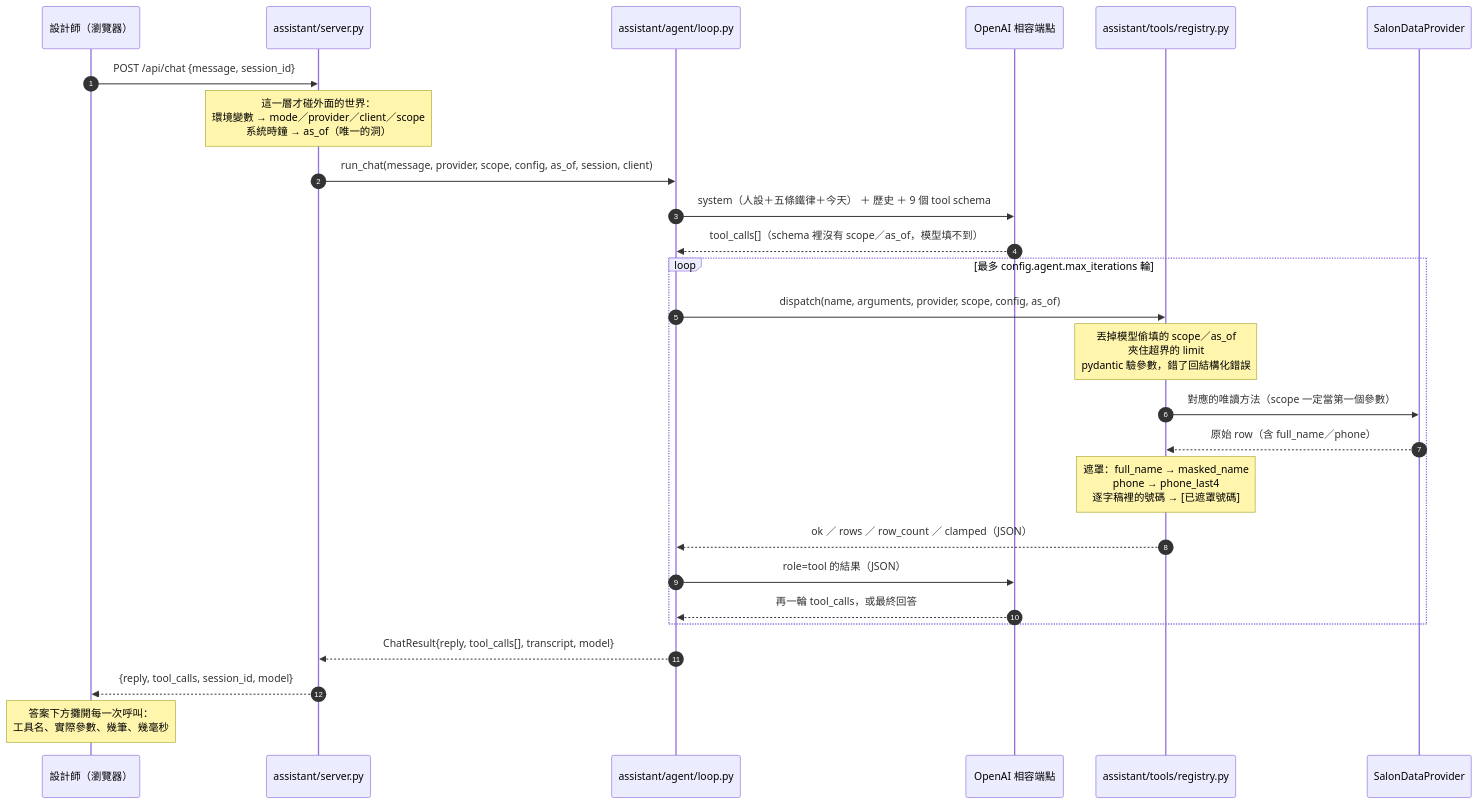
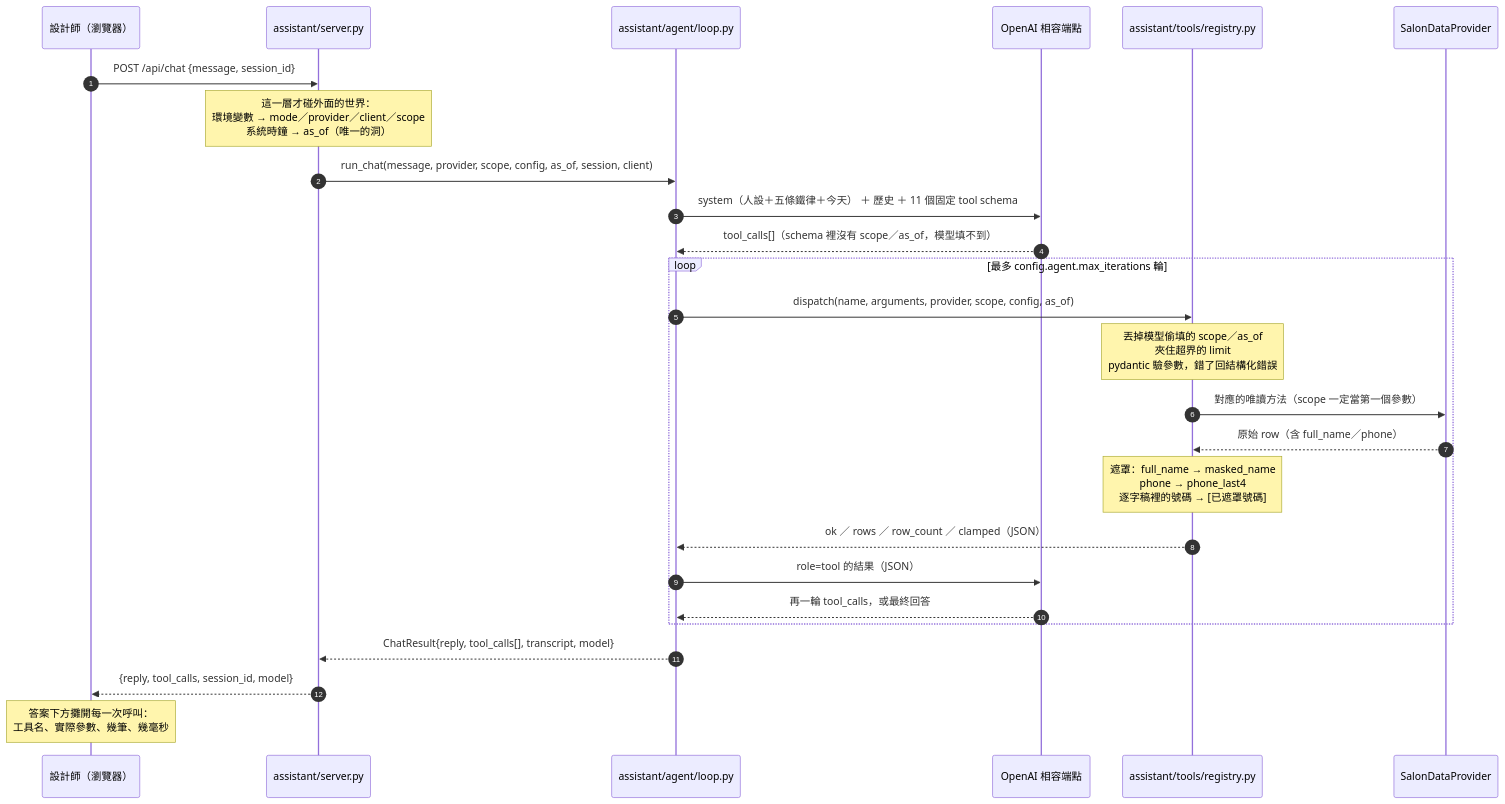
Before and after one commit to a0983186600-a11y/hairdresser-ai-assistant: the first of 2 diagrams in docs/architecture.md, drawn with Mermaid. The commit also changed other lines of this file and 12 other files, not shown here.

````diff
--- a/docs/architecture.md
+++ b/docs/architecture.md
@@ -16,29 +16,29 @@
 ```mermaid
 sequenceDiagram
     autonumber
     participant D as 設計師（瀏覽器）
     participant S as assistant/server.py
     participant L as assistant/agent/loop.py
     participant M as OpenAI 相容端點
     participant T as assistant/tools/registry.py
     participant P as SalonDataProvider
 
     D->>S: POST /api/chat {message, session_id}
     Note over S: 這一層才碰外面的世界：<br/>環境變數 → mode／provider／client／scope<br/>系統時鐘 → as_of（唯一的洞）
     S->>L: run_chat(message, provider, scope, config, as_of, session, client)
-    L->>M: system（人設＋五條鐵律＋今天） ＋ 歷史 ＋ 9 個 tool schema
+    L->>M: system（人設＋五條鐵律＋今天） ＋ 歷史 ＋ 11 個固定 tool schema
     M-->>L: tool_calls[]（schema 裡沒有 scope／as_of，模型填不到）
     loop 最多 config.agent.max_iterations 輪
         L->>T: dispatch(name, arguments, provider, scope, config, as_of)
         Note over T: 丟掉模型偷填的 scope／as_of<br/>夾住超界的 limit<br/>pydantic 驗參數，錯了回結構化錯誤
         T->>P: 對應的唯讀方法（scope 一定當第一個參數）
         P-->>T: 原始 row（含 full_name／phone）
         Note over T: 遮罩：full_name → masked_name<br/>phone → phone_last4<br/>逐字稿裡的號碼 → [已遮罩號碼]
         T-->>L: ok ／ rows ／ row_count ／ clamped（JSON）
         L->>M: role=tool 的結果（JSON）
         M-->>L: 再一輪 tool_calls，或最終回答
     end
     L-->>S: ChatResult{reply, tool_calls[], transcript, model}
     S-->>D: {reply, tool_calls, session_id, model}
     Note over D: 答案下方攤開每一次呼叫：<br/>工具名、實際參數、幾筆、幾毫秒
 ```
````
